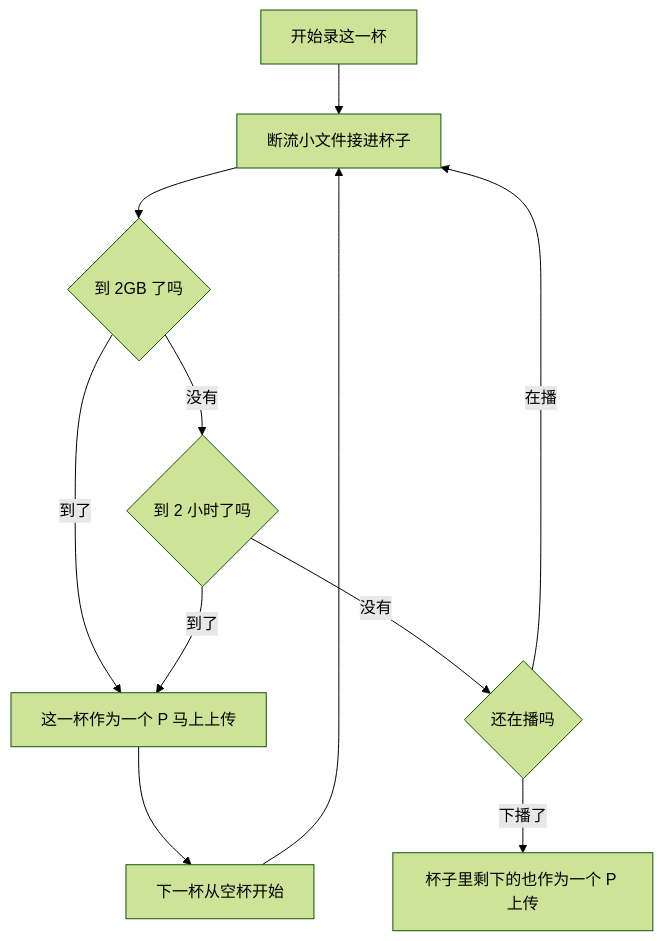
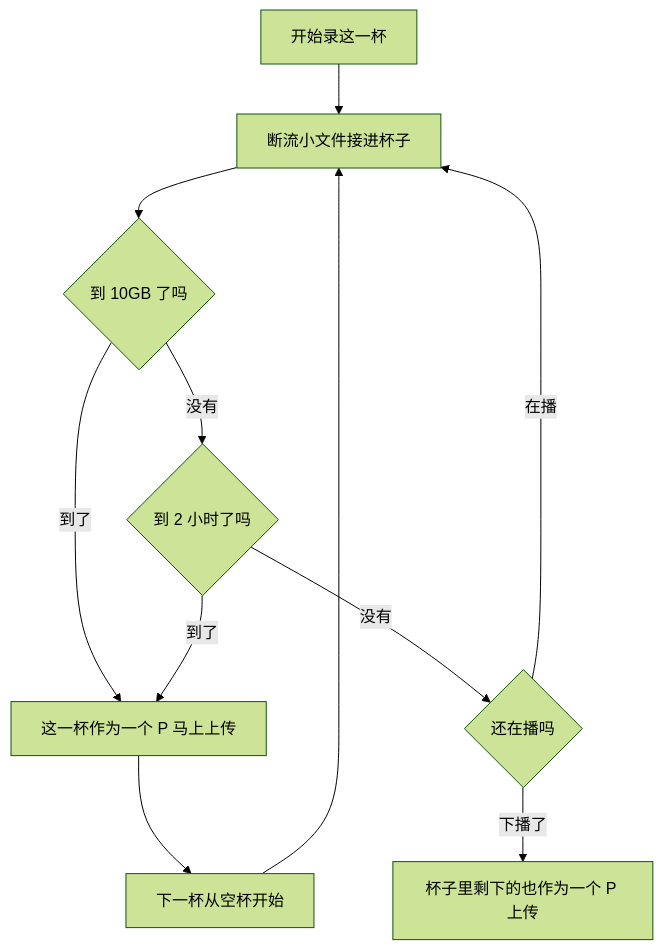
The second of 2 diagrams in aboutRefactor/分P示意图.md (notfornothing/biliup), drawn with Mermaid (forest theme) before and after one commit. The commit also changed other lines of this file and 5 other files, not shown here.

````diff
--- a/aboutRefactor/分P示意图.md
+++ b/aboutRefactor/分P示意图.md
@@ -22,13 +22,13 @@
 ```mermaid
 flowchart TD
     startNode[开始录这一杯] --> addPiece[断流小文件接进杯子]
-    addPiece --> fullSize{到 2GB 了吗}
+    addPiece --> fullSize{到 10GB 了吗}
     fullSize -->|到了| uploadNow[这一杯作为一个 P 马上上传]
     fullSize -->|没有| fullTime{到 2 小时了吗}
     fullTime -->|到了| uploadNow
     fullTime -->|没有| stillLive{还在播吗}
     stillLive -->|在播| addPiece
     stillLive -->|下播了| uploadRest[杯子里剩下的也作为一个 P 上传]
     uploadNow --> nextCup[下一杯从空杯开始]
     nextCup --> addPiece
 ```
````
